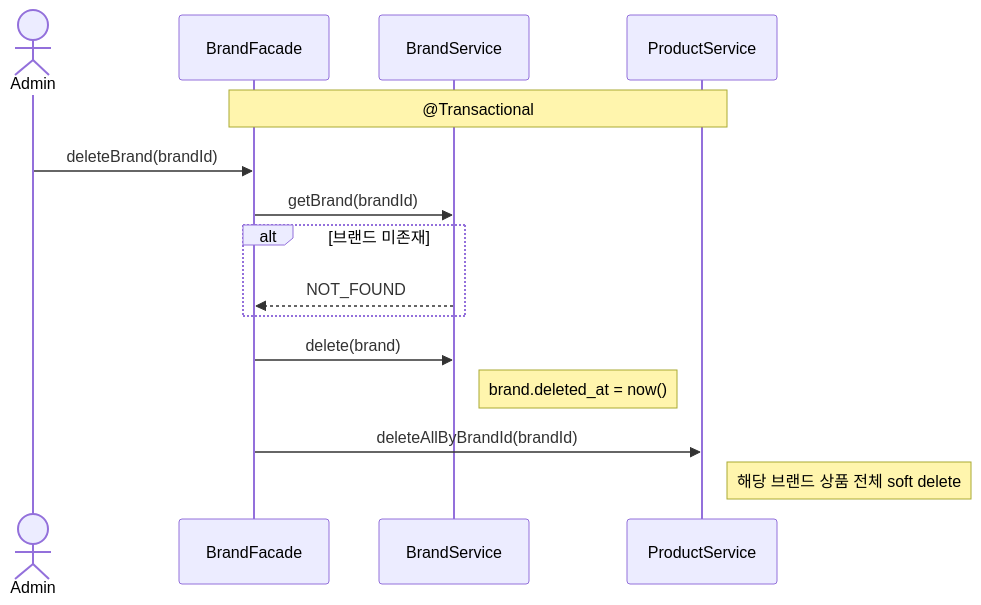
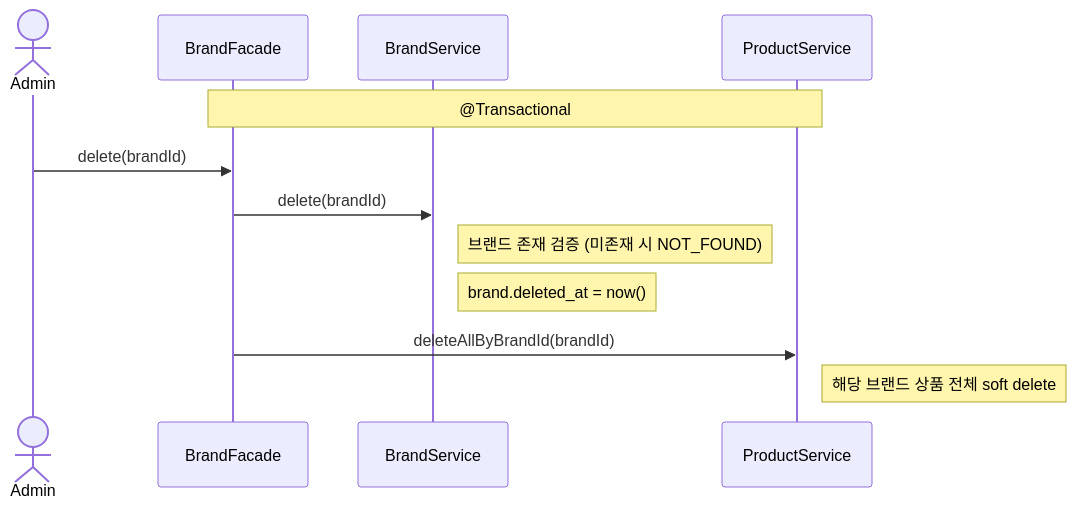
Before and after one commit to juoklee/loop-pack-be-l2-vol3-java: the fourth of 6 diagrams in docs/design/02-sequence-diagrams.md, drawn with Mermaid. The commit also changed other lines of this file and 3 other files, not shown here.

````diff
--- a/docs/design/02-sequence-diagrams.md
+++ b/docs/design/02-sequence-diagrams.md
@@ -125,22 +128,18 @@
 ```mermaid
 sequenceDiagram
     actor Admin
     participant Facade as BrandFacade
     participant BrandService
     participant ProductService
 
     Note over Facade, ProductService: @Transactional
 
-    Admin->>Facade: deleteBrand(brandId)
+    Admin->>Facade: delete(brandId)
 
-    Facade->>BrandService: getBrand(brandId)
-    alt 브랜드 미존재
-        BrandService-->>Facade: NOT_FOUND
-    end
-
-    Facade->>BrandService: delete(brand)
+    Facade->>BrandService: delete(brandId)
+    Note right of BrandService: 브랜드 존재 검증 (미존재 시 NOT_FOUND)
     Note right of BrandService: brand.deleted_at = now()
 
     Facade->>ProductService: deleteAllByBrandId(brandId)
     Note right of ProductService: 해당 브랜드 상품 전체 soft delete
 ```
````
